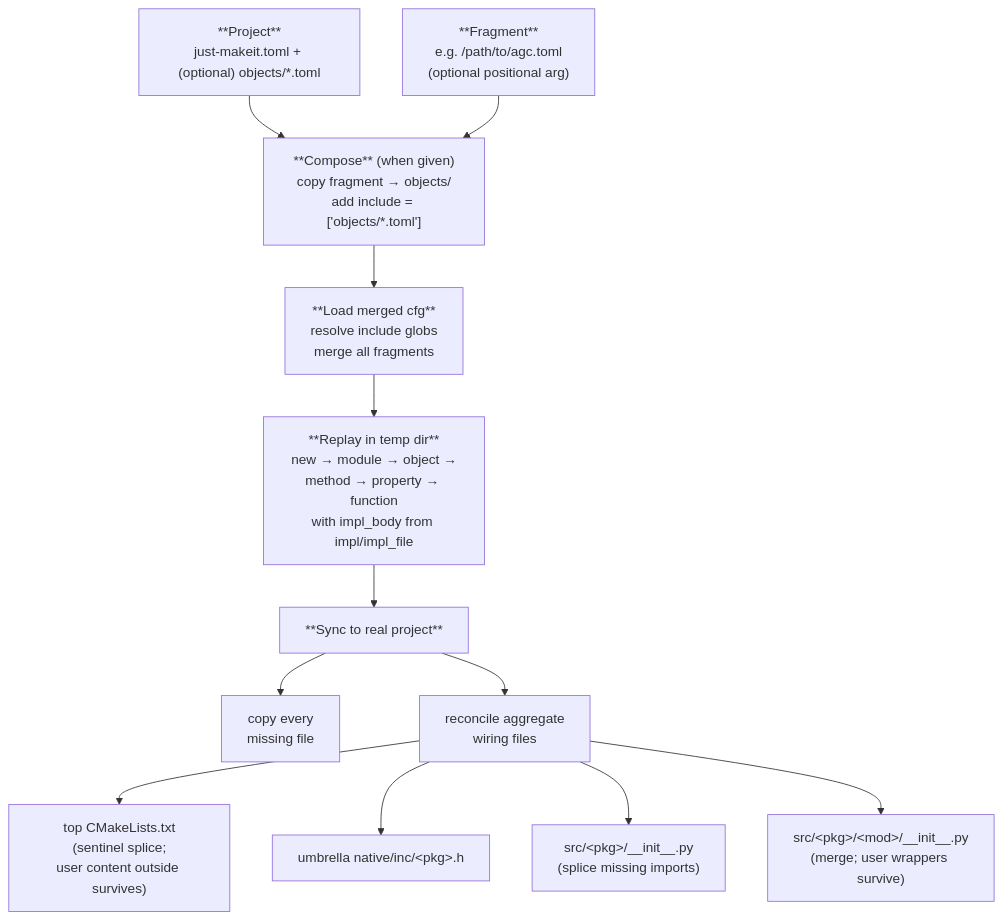
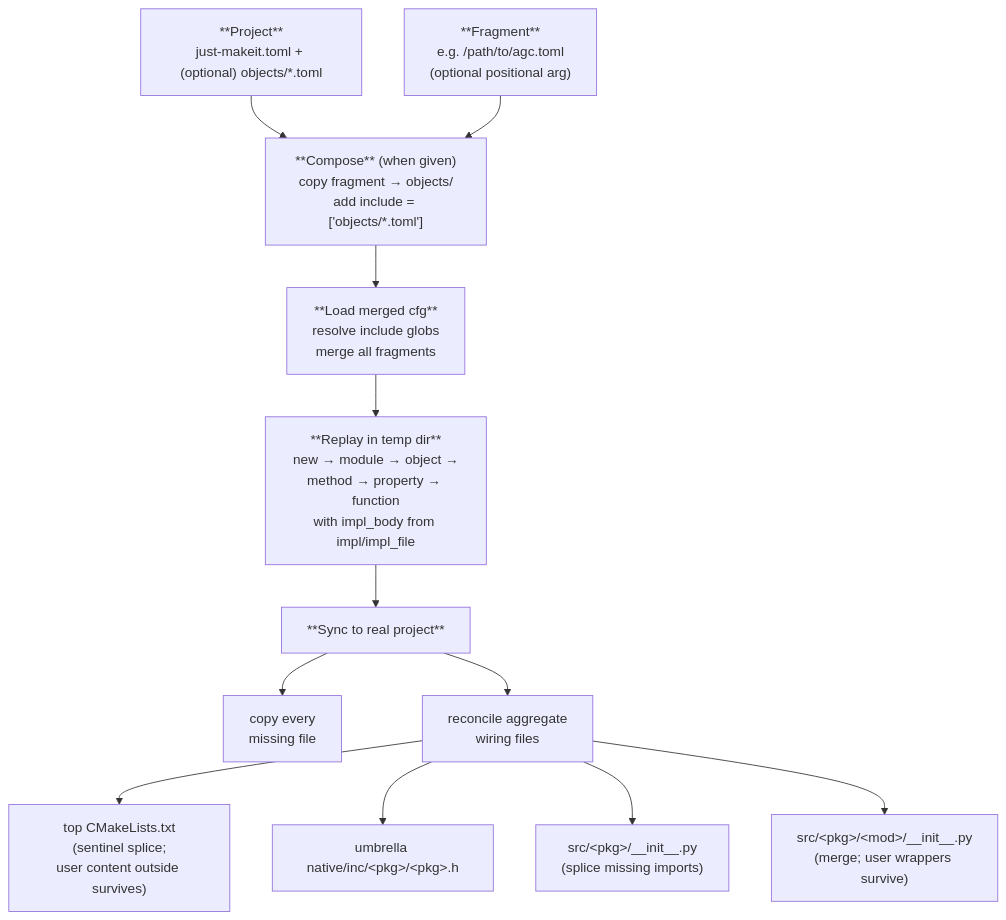
Before and after one commit to just-buildit/just-makeit: the second of 3 diagrams in docs/declarative-scaffolding.md, drawn with Mermaid. The commit also changed other lines of this file and 295 other files, not shown here.

````diff
--- a/docs/declarative-scaffolding.md
+++ b/docs/declarative-scaffolding.md
@@ -716,16 +716,16 @@
 ```mermaid
 flowchart TD
     PRJ["**Project**<br/>just-makeit.toml + (optional) objects/*.toml"]
     FRAG["**Fragment**<br/>e.g. /path/to/agc.toml<br/>(optional positional arg)"]
     PRJ --> COMPOSE
     FRAG --> COMPOSE["**Compose** (when given)<br/>copy fragment → objects/<br/>add include = ['objects/*.toml']"]
     COMPOSE --> LOAD["**Load merged cfg**<br/>resolve include globs<br/>merge all fragments"]
     LOAD --> REPLAY["**Replay in temp dir**<br/>new → module → object →<br/>method → property → function<br/>with impl_body from impl/impl_file"]
     REPLAY --> SYNC["**Sync to real project**"]
     SYNC --> NEW["copy every<br/>missing file"]
     SYNC --> AGG["reconcile aggregate<br/>wiring files"]
     AGG --> CMAKE["top CMakeLists.txt<br/>(sentinel splice;<br/>user content outside survives)"]
-    AGG --> UMB["umbrella native/inc/&lt;pkg&gt;.h"]
+    AGG --> UMB["umbrella native/inc/&lt;pkg&gt;/&lt;pkg&gt;.h"]
     AGG --> PKGINIT["src/&lt;pkg&gt;/__init__.py<br/>(splice missing imports)"]
     AGG --> MODFILES["src/&lt;pkg&gt;/&lt;mod&gt;/__init__.py<br/>(merge; user wrappers survive)"]
 ```
````
